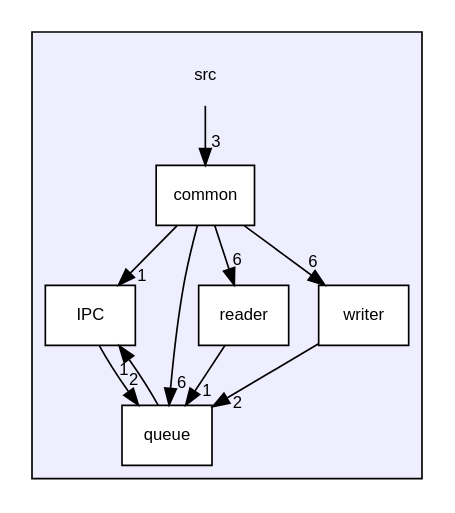
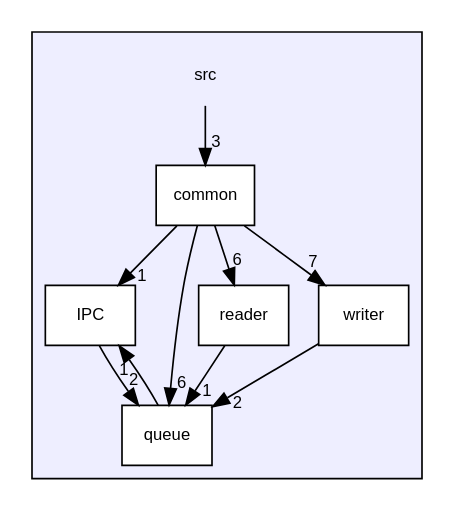
Before and after one commit to akukhta/ki: the diagram in dir_68267d1309a1af8e8297ef4c3efbcdba_dep.dot, drawn with Graphviz. The commit also changed 130 other files, not shown here.

```diff
--- a/dir_68267d1309a1af8e8297ef4c3efbcdba_dep.dot
+++ b/dir_68267d1309a1af8e8297ef4c3efbcdba_dep.dot
@@ -1,23 +1,23 @@
 digraph "/home/runner/work/ki/ki/src" {
   compound=true
   node [ fontsize="10", fontname="Helvetica"];
   edge [ labelfontsize="10", labelfontname="Helvetica"];
   subgraph clusterdir_68267d1309a1af8e8297ef4c3efbcdba {
     graph [ bgcolor="#eeeeff", pencolor="black", label="" URL="dir_68267d1309a1af8e8297ef4c3efbcdba.html"];
     dir_68267d1309a1af8e8297ef4c3efbcdba [shape=plaintext label="src"];
   dir_fdedb0aba14d44ce9d99bc100e026e6a [shape=box label="common" fillcolor="white" style="filled" URL="dir_fdedb0aba14d44ce9d99bc100e026e6a.html"];
   dir_e610e3c8d6dfa68ab78990210e12254f [shape=box label="IPC" fillcolor="white" style="filled" URL="dir_e610e3c8d6dfa68ab78990210e12254f.html"];
   dir_b932d720ae4455b3a35ba932c1ee98d1 [shape=box label="queue" fillcolor="white" style="filled" URL="dir_b932d720ae4455b3a35ba932c1ee98d1.html"];
   dir_af89b2be539cdaaafaad341d1e56977e [shape=box label="reader" fillcolor="white" style="filled" URL="dir_af89b2be539cdaaafaad341d1e56977e.html"];
   dir_d23ba569ffb931581bcd85a3af3f3bc5 [shape=box label="writer" fillcolor="white" style="filled" URL="dir_d23ba569ffb931581bcd85a3af3f3bc5.html"];
   }
   dir_d23ba569ffb931581bcd85a3af3f3bc5->dir_b932d720ae4455b3a35ba932c1ee98d1 [headlabel="2", labeldistance=1.5 headhref="dir_000005_000003.html"];
   dir_68267d1309a1af8e8297ef4c3efbcdba->dir_fdedb0aba14d44ce9d99bc100e026e6a [headlabel="3", labeldistance=1.5 headhref="dir_000000_000001.html"];
   dir_af89b2be539cdaaafaad341d1e56977e->dir_b932d720ae4455b3a35ba932c1ee98d1 [headlabel="1", labeldistance=1.5 headhref="dir_000004_000003.html"];
   dir_b932d720ae4455b3a35ba932c1ee98d1->dir_e610e3c8d6dfa68ab78990210e12254f [headlabel="1", labeldistance=1.5 headhref="dir_000003_000002.html"];
   dir_e610e3c8d6dfa68ab78990210e12254f->dir_b932d720ae4455b3a35ba932c1ee98d1 [headlabel="2", labeldistance=1.5 headhref="dir_000002_000003.html"];
   dir_fdedb0aba14d44ce9d99bc100e026e6a->dir_af89b2be539cdaaafaad341d1e56977e [headlabel="6", labeldistance=1.5 headhref="dir_000001_000004.html"];
   dir_fdedb0aba14d44ce9d99bc100e026e6a->dir_b932d720ae4455b3a35ba932c1ee98d1 [headlabel="6", labeldistance=1.5 headhref="dir_000001_000003.html"];
-  dir_fdedb0aba14d44ce9d99bc100e026e6a->dir_d23ba569ffb931581bcd85a3af3f3bc5 [headlabel="6", labeldistance=1.5 headhref="dir_000001_000005.html"];
+  dir_fdedb0aba14d44ce9d99bc100e026e6a->dir_d23ba569ffb931581bcd85a3af3f3bc5 [headlabel="7", labeldistance=1.5 headhref="dir_000001_000005.html"];
   dir_fdedb0aba14d44ce9d99bc100e026e6a->dir_e610e3c8d6dfa68ab78990210e12254f [headlabel="1", labeldistance=1.5 headhref="dir_000001_000002.html"];
 }
```
